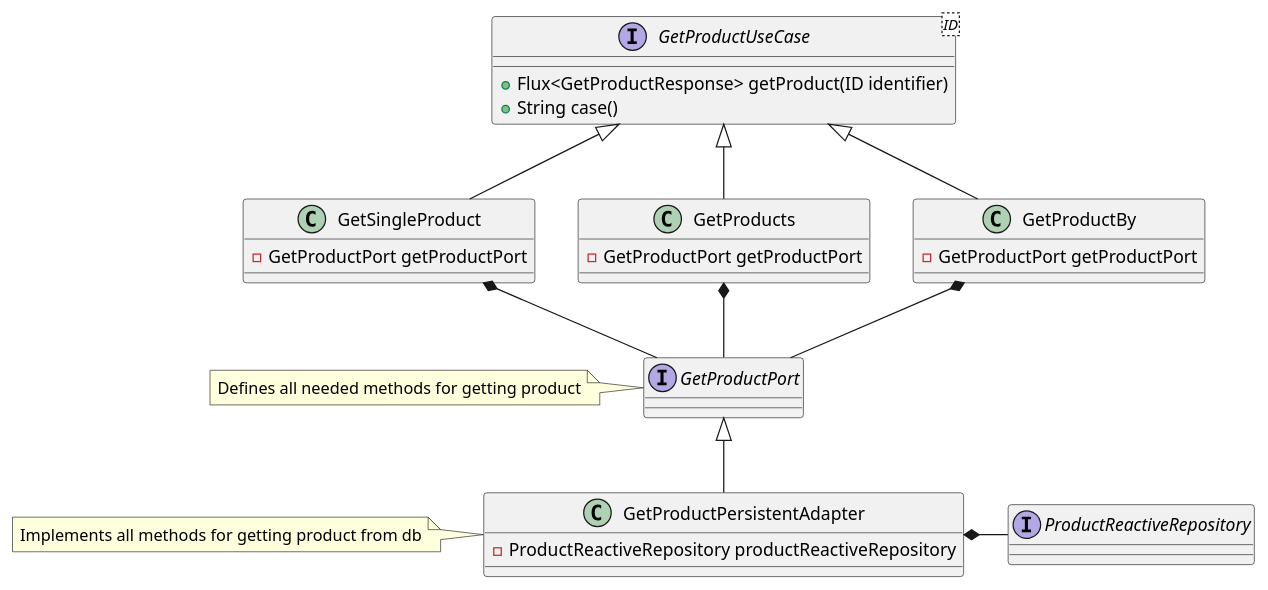
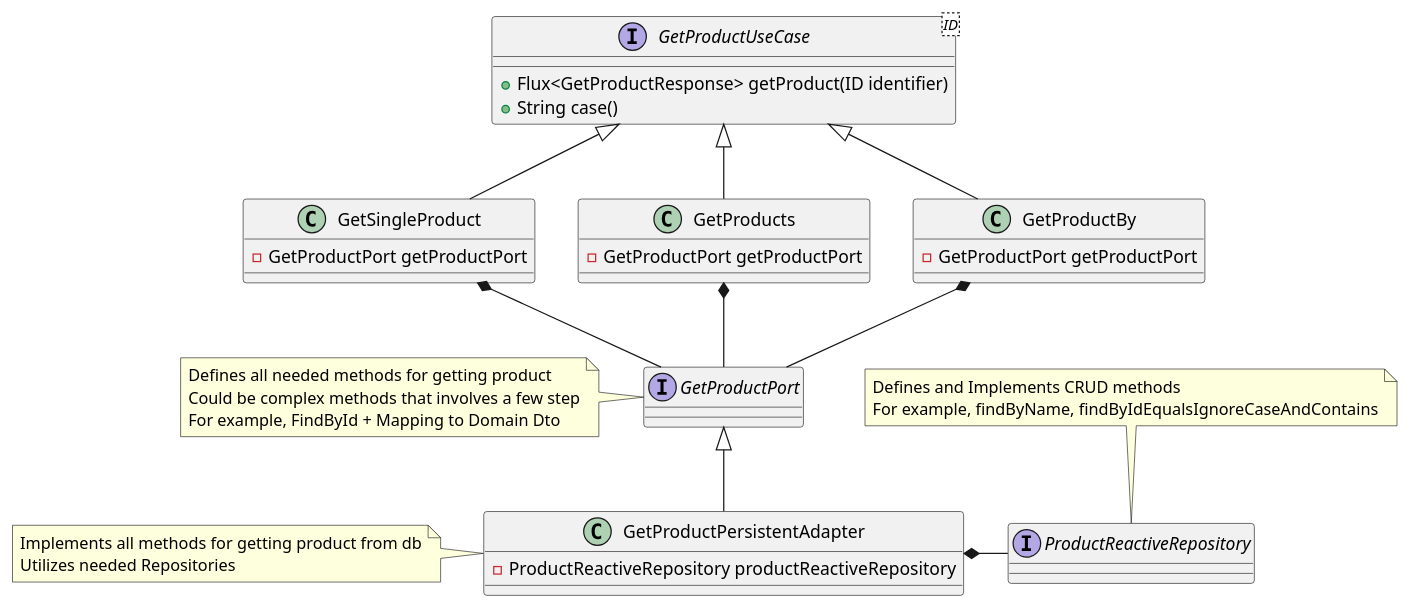
One commit to sokimaaa/6CORE changed the diagram in 1-documentation/class-diagram/get-product-usecase.puml. Above: the diagram before and after it, drawn with PlantUML.

Commit message:
[6CORE-000] add comments

```diff
--- a/1-documentation/class-diagram/get-product-usecase.puml
+++ b/1-documentation/class-diagram/get-product-usecase.puml
@@ -1,47 +1,48 @@
 @startuml
 'https://plantuml.com/class-diagram
 
 interface GetProductUseCase
 class GetSingleProduct
 class GetProducts
 class GetProductBy
 
 GetProductUseCase <|-- GetSingleProduct
 GetProductUseCase <|-- GetProducts
 GetProductUseCase <|-- GetProductBy
 
 interface GetProductPort
-note left: Defines all needed methods for getting product
+note left: Defines all needed methods for getting product\nCould be complex methods that involves a few step\nFor example, FindById + Mapping to Domain Dto
 class GetProductPersistentAdapter
-note left: Implements all methods for getting product from db
+note left: Implements all methods for getting product from db\nUtilizes needed Repositories
 interface ProductReactiveRepository
+note top: Defines and Implements CRUD methods\nFor example, findByName, findByIdEqualsIgnoreCaseAndContains
 
 GetProductPort <|-- GetProductPersistentAdapter
 GetProductPersistentAdapter *- ProductReactiveRepository
 
 GetSingleProduct *-- GetProductPort
 GetProducts *-- GetProductPort
 GetProductBy *-- GetProductPort
 
 interface GetProductUseCase<ID> {
     + Flux<GetProductResponse> getProduct(ID identifier)
     + String case()
 }
 
 class GetSingleProduct {
     - GetProductPort getProductPort
 }
 
 class GetProducts {
     - GetProductPort getProductPort
 }
 
 class GetProductBy {
     - GetProductPort getProductPort
 }
 
 class GetProductPersistentAdapter {
     - ProductReactiveRepository productReactiveRepository
 }
 
 @enduml
```
